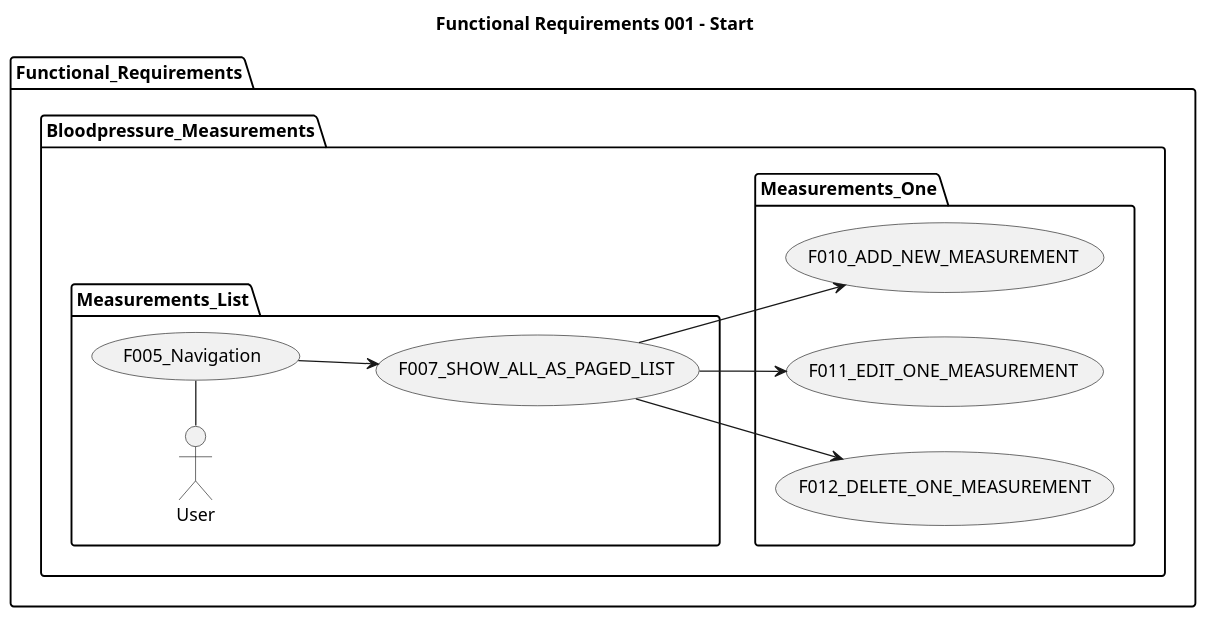
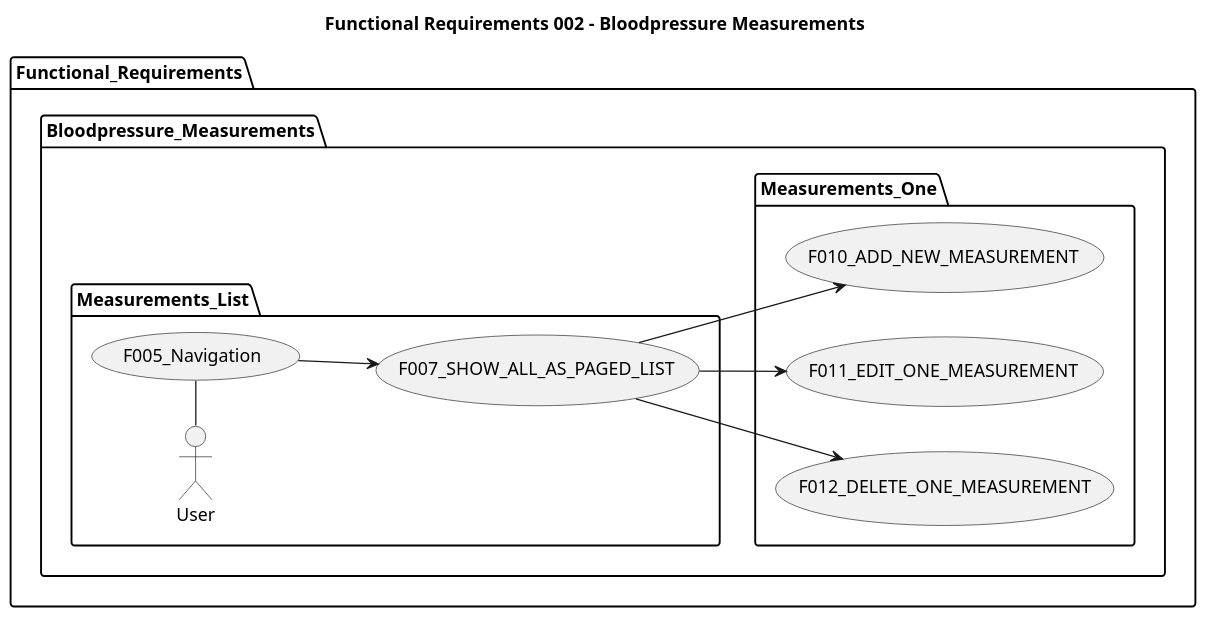
One commit to BloodMoneyApp/bloodmoney changed the diagram in src/main/plantuml/Bloodmoney__Use_Cases__002__Bloodpressure_Measurements.puml. Above: the diagram before and after it, drawn with PlantUML. The commit also changed 4 other files, not shown here.

Commit message:
documentation: class structure to UML

```diff
--- a/src/main/plantuml/Bloodmoney__Use_Cases__002__Bloodpressure_Measurements.puml
+++ b/src/main/plantuml/Bloodmoney__Use_Cases__002__Bloodpressure_Measurements.puml
@@ -1,27 +1,27 @@
 @startuml
 
-title Functional Requirements 001 - Start
+title Functional Requirements 002 - Bloodpressure Measurements
 
 left to right direction
 'top to bottom direction
 
 'https://plantuml.com/use-case-diagram
 
 scale 1200 width
 
 package Functional_Requirements {
 
   package Bloodpressure_Measurements {
 
       package Measurements_List {
             User - (F005_Navigation)
             (F005_Navigation) --> (F007_SHOW_ALL_AS_PAGED_LIST)
       }
       package Measurements_One {
           (F007_SHOW_ALL_AS_PAGED_LIST) --> (F010_ADD_NEW_MEASUREMENT)
           (F007_SHOW_ALL_AS_PAGED_LIST) --> (F011_EDIT_ONE_MEASUREMENT)
           (F007_SHOW_ALL_AS_PAGED_LIST) --> (F012_DELETE_ONE_MEASUREMENT)
       }
     }
 }
 @enduml
```
